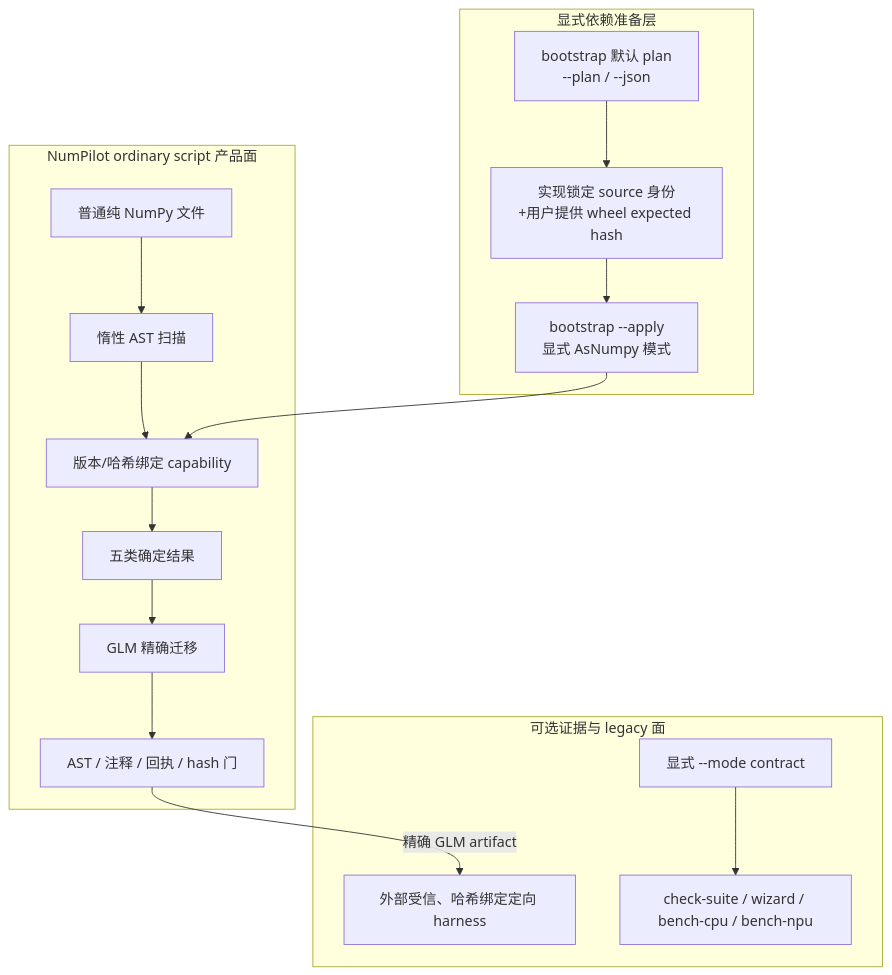
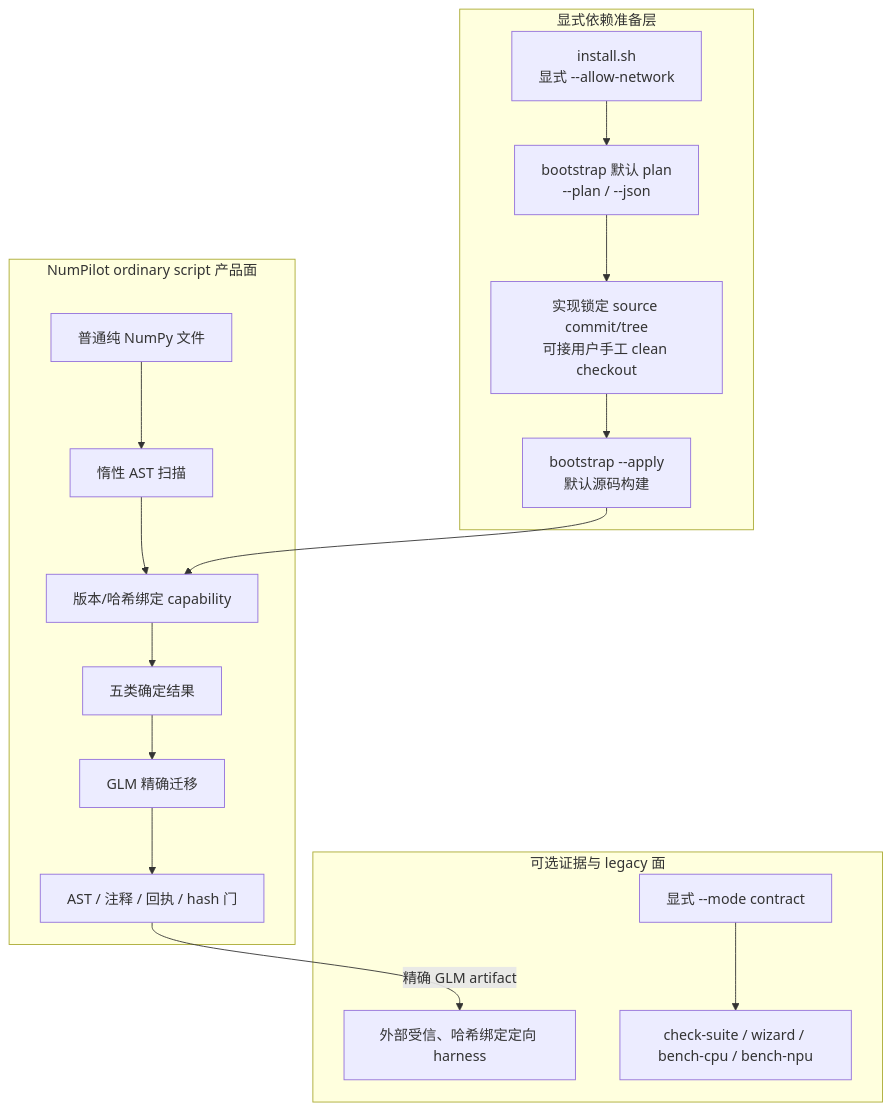
The first of 2 diagrams in docs/architecture.md (DEGger21/numpilot), drawn with Mermaid before and after one commit. The commit also changed other lines of this file and 21 other files, not shown here.

Commit message:
feat: ship source-first demo bootstrap

````diff
--- a/docs/architecture.md
+++ b/docs/architecture.md
@@ -15,30 +15,31 @@
 ```mermaid
 flowchart TB
   subgraph Bootstrap[显式依赖准备层]
+    INSTALL[install.sh<br/>显式 --allow-network]
     PLAN[bootstrap 默认 plan<br/>--plan / --json]
-    LOCK[实现锁定 source 身份<br/>+用户提供 wheel expected hash]
-    APPLY[bootstrap --apply<br/>显式 AsNumpy 模式]
-    PLAN --> LOCK --> APPLY
+    LOCK[实现锁定 source commit/tree<br/>可接用户手工 clean checkout]
+    APPLY[bootstrap --apply<br/>默认源码构建]
+    INSTALL --> PLAN --> LOCK --> APPLY
   end
 
   subgraph Product[NumPilot ordinary script 产品面]
     SRC[普通纯 NumPy 文件]
     SCAN[惰性 AST 扫描]
     CAP[版本/哈希绑定 capability]
     DECIDE[五类确定结果]
     GLM[GLM 精确迁移]
     AUDIT[AST / 注释 / 回执 / hash 门]
     SRC --> SCAN --> CAP --> DECIDE
     DECIDE --> GLM --> AUDIT
   end
 
   subgraph Optional[可选证据与 legacy 面]
     HARNESS[外部受信、哈希绑定定向 harness]
     CONTRACT[显式 --mode contract]
     TOOLS[check-suite / wizard / bench-cpu / bench-npu]
     CONTRACT --> TOOLS
   end
 
   APPLY --> CAP
   AUDIT -->|精确 GLM artifact| HARNESS
 ```
````
